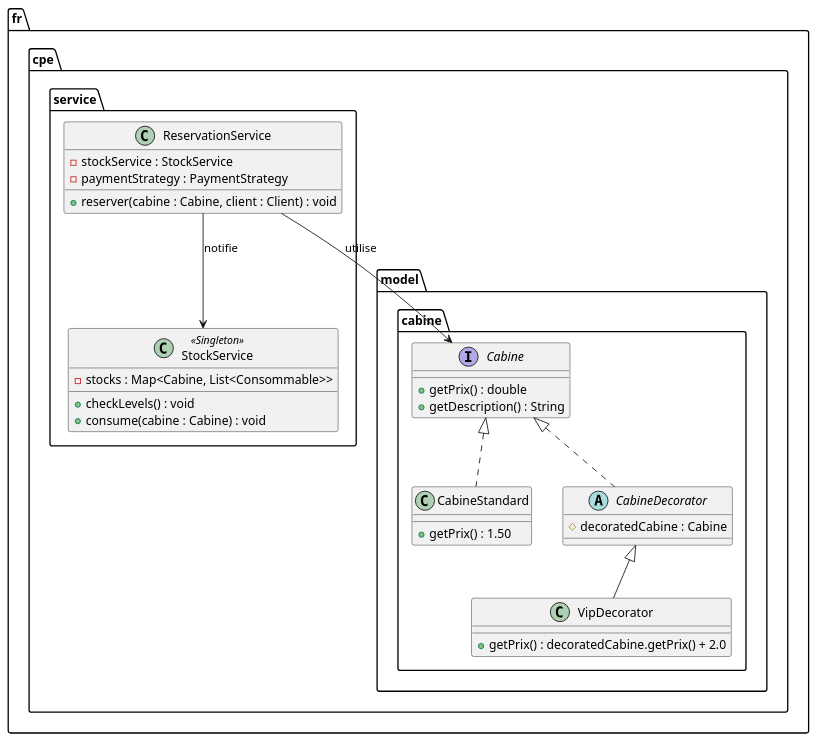
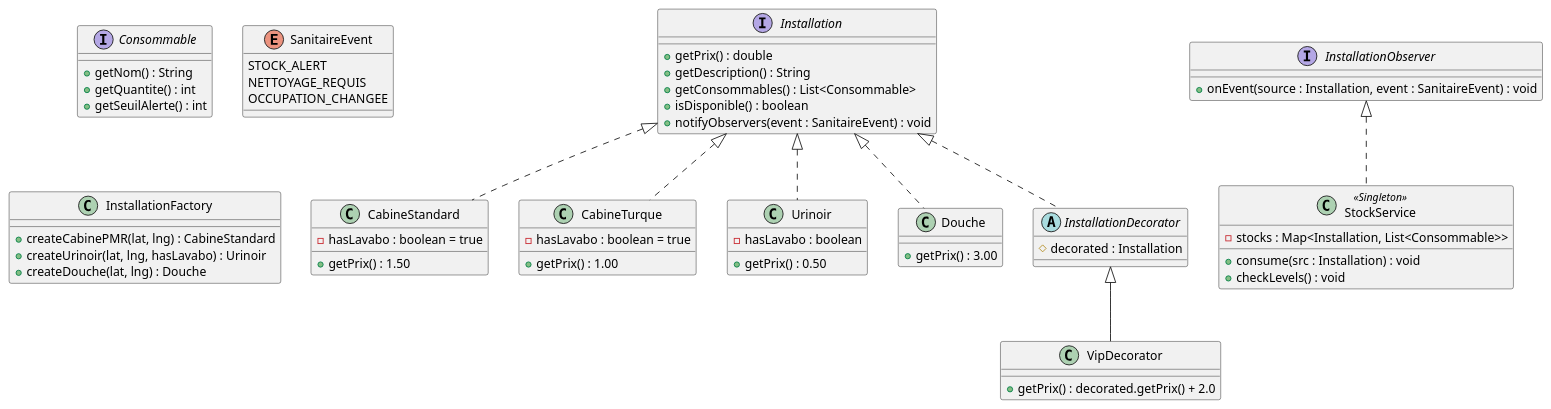
The first of 2 diagrams in docs/conception.md (CPE-LYON-APICOT/projet-poncemoileboug), drawn with PlantUML before and after one commit. The commit also changed other lines of this file and 1 other file, not shown here.

````diff
--- a/docs/conception.md
+++ b/docs/conception.md
@@ -76,39 +112,67 @@
 ```plantuml
 @startuml
-package fr.cpe.service {
-    class ReservationService {
-        - stockService : StockService
-        - paymentStrategy : PaymentStrategy
-        + reserver(cabine : Cabine, client : Client) : void
-    }
-
-    class StockService <<Singleton>> {
-        - stocks : Map<Cabine, List<Consommable>>
-        + checkLevels() : void
-        + consume(cabine : Cabine) : void
-    }
+interface Installation {
+  + getPrix() : double
+  + getDescription() : String
+  + getConsommables() : List<Consommable>
+  + isDisponible() : boolean
+  + notifyObservers(event : SanitaireEvent) : void
 }
 
-package fr.cpe.model.cabine {
-    interface Cabine {
-        + getPrix() : double
-        + getDescription() : String
-    }
-
-    class CabineStandard implements Cabine {
-        + getPrix() : 1.50
-    }
-
-    abstract class CabineDecorator implements Cabine {
-        # decoratedCabine : Cabine
-    }
-
-    class VipDecorator extends CabineDecorator {
-        + getPrix() : decoratedCabine.getPrix() + 2.0
-    }
+interface Consommable {
+  + getNom() : String
+  + getQuantite() : int
+  + getSeuilAlerte() : int
 }
 
-ReservationService --> Cabine : utilise
-ReservationService --> StockService : notifie
+interface InstallationObserver {
+  + onEvent(source : Installation, event : SanitaireEvent) : void
+}
+
+enum SanitaireEvent {
+  STOCK_ALERT
+  NETTOYAGE_REQUIS
+  OCCUPATION_CHANGEE
+}
+
+class CabineStandard implements Installation {
+  - hasLavabo : boolean = true
+  + getPrix() : 1.50
+}
+
+class CabineTurque implements Installation {
+  - hasLavabo : boolean = true
+  + getPrix() : 1.00
+}
+
+class Urinoir implements Installation {
+  - hasLavabo : boolean
+  + getPrix() : 0.50
+}
+
+class Douche implements Installation {
+  + getPrix() : 3.00
+}
+
+abstract class InstallationDecorator implements Installation {
+  # decorated : Installation
+}
+
+class VipDecorator extends InstallationDecorator {
+  + getPrix() : decorated.getPrix() + 2.0
+}
+
+class StockService <<Singleton>> implements InstallationObserver {
+  - stocks : Map<Installation, List<Consommable>>
+  + consume(src : Installation) : void
+  + checkLevels() : void
+}
+
+class InstallationFactory {
+  + createCabinePMR(lat, lng) : CabineStandard
+  + createUrinoir(lat, lng, hasLavabo) : Urinoir
+  + createDouche(lat, lng) : Douche
+}
 @enduml
+
 ```
````
